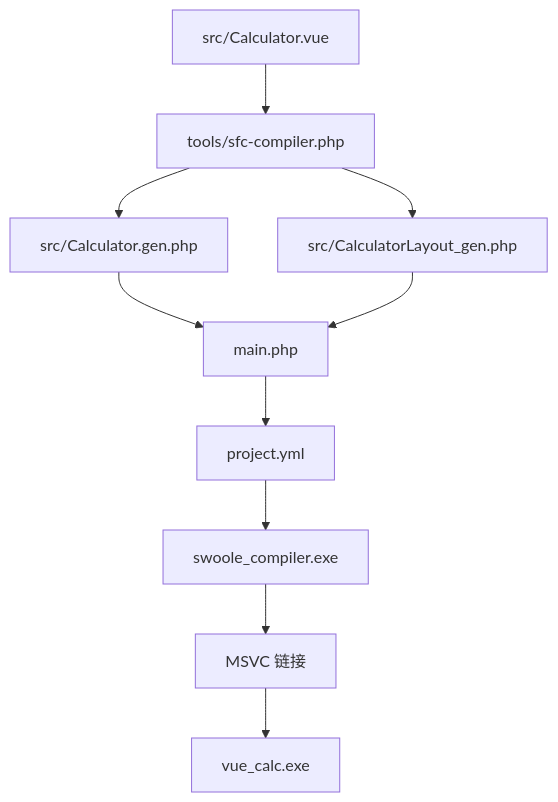
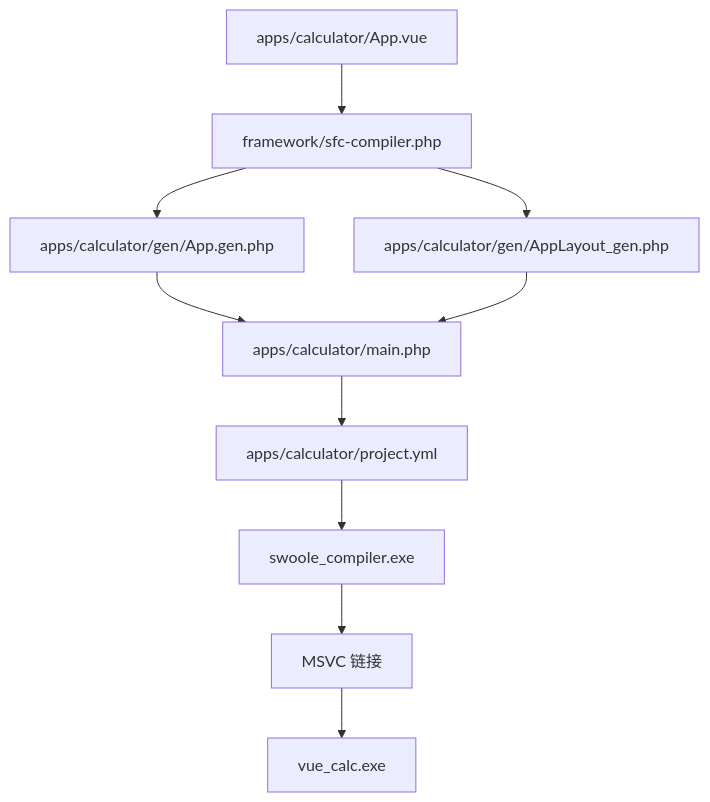
Before and after one commit to xingye00186/PHP-Data-UI-Framework-powered-by-swooleAOT: the first of 5 diagrams in .qoder/repowiki/zh/content/故障排除和常见问题.md, drawn with Mermaid. The commit also changed other lines of this file and 3 other files, not shown here.

````diff
--- a/.qoder/repowiki/zh/content/故障排除和常见问题.md
+++ b/.qoder/repowiki/zh/content/故障排除和常见问题.md
@@ -46,12 +57,12 @@
 ```mermaid
 graph TB
-A["src/Calculator.vue"] --> B["tools/sfc-compiler.php"]
-B --> C["src/Calculator.gen.php"]
-B --> D["src/CalculatorLayout_gen.php"]
-C --> E["main.php"]
+A["apps/calculator/App.vue"] --> B["framework/sfc-compiler.php"]
+B --> C["apps/calculator/gen/App.gen.php"]
+B --> D["apps/calculator/gen/AppLayout_gen.php"]
+C --> E["apps/calculator/main.php"]
 D --> E
-E --> F["project.yml"]
+E --> F["apps/calculator/project.yml"]
 F --> G["swoole_compiler.exe"]
 G --> H["MSVC 链接"]
 H --> I["vue_calc.exe"]
 ```
````
